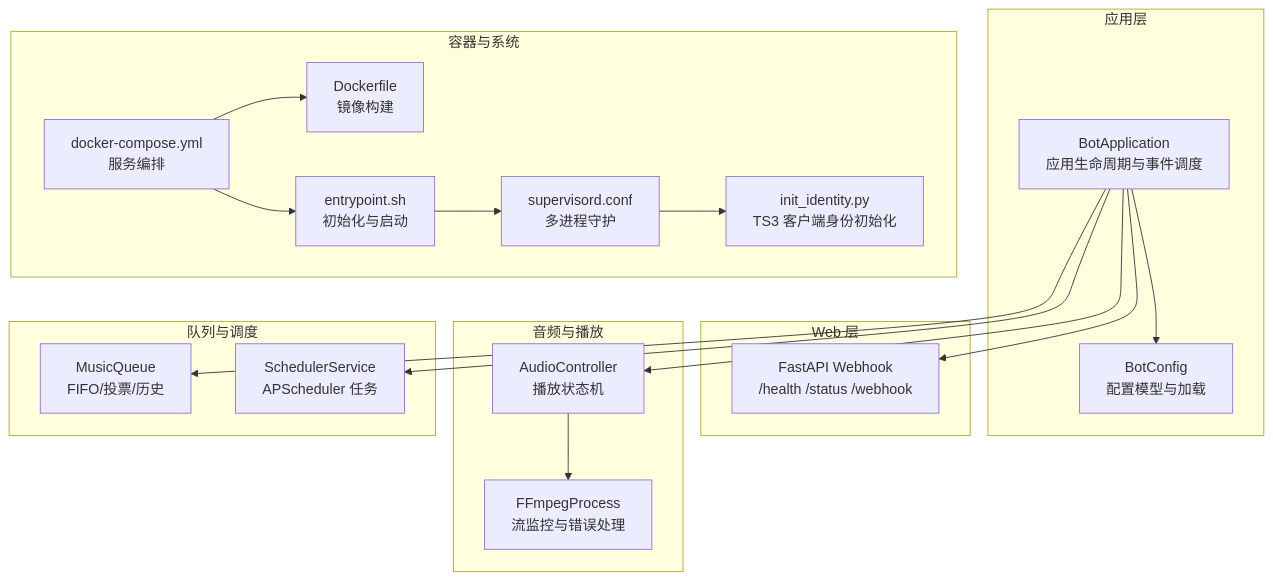
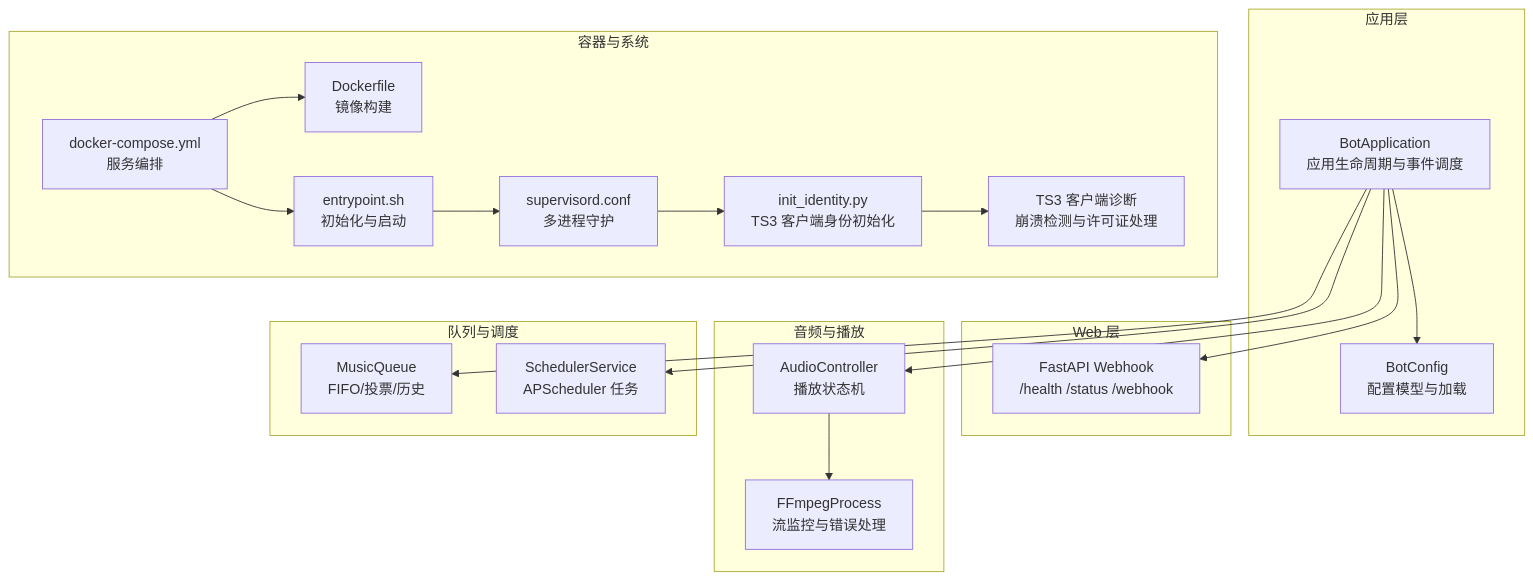
Before and after one commit to GhoulOwl/Teamspeak3_Bot: the first of 8 diagrams in .qoder/repowiki/zh/content/部署和运维/监控与维护.md, drawn with Mermaid. The commit also changed other lines of this file and 7 other files, not shown here.

````diff
--- a/.qoder/repowiki/zh/content/部署和运维/监控与维护.md
+++ b/.qoder/repowiki/zh/content/部署和运维/监控与维护.md
@@ -48,35 +49,37 @@
 ```mermaid
 graph TB
 subgraph "应用层"
 APP["BotApplication<br/>应用生命周期与事件调度"]
 CFG["BotConfig<br/>配置模型与加载"]
 end
 subgraph "Web 层"
 WH["FastAPI Webhook<br/>/health /status /webhook"]
 end
 subgraph "音频与播放"
 AC["AudioController<br/>播放状态机"]
 FF["FFmpegProcess<br/>流监控与错误处理"]
 end
 subgraph "队列与调度"
 MQ["MusicQueue<br/>FIFO/投票/历史"]
 SCH["SchedulerService<br/>APScheduler 任务"]
 end
 subgraph "容器与系统"
 DC["docker-compose.yml<br/>服务编排"]
 DF["Dockerfile<br/>镜像构建"]
 EP["entrypoint.sh<br/>初始化与启动"]
 SV["supervisord.conf<br/>多进程守护"]
 TSID["init_identity.py<br/>TS3 客户端身份初始化"]
+TS3["TS3 客户端诊断<br/>崩溃检测与许可证处理"]
 end
 APP --> WH
 APP --> AC
 AC --> FF
 APP --> MQ
 APP --> SCH
 APP --> CFG
 DC --> DF
 DC --> EP
 EP --> SV
 SV --> TSID
+TSID --> TS3
 ```
````
